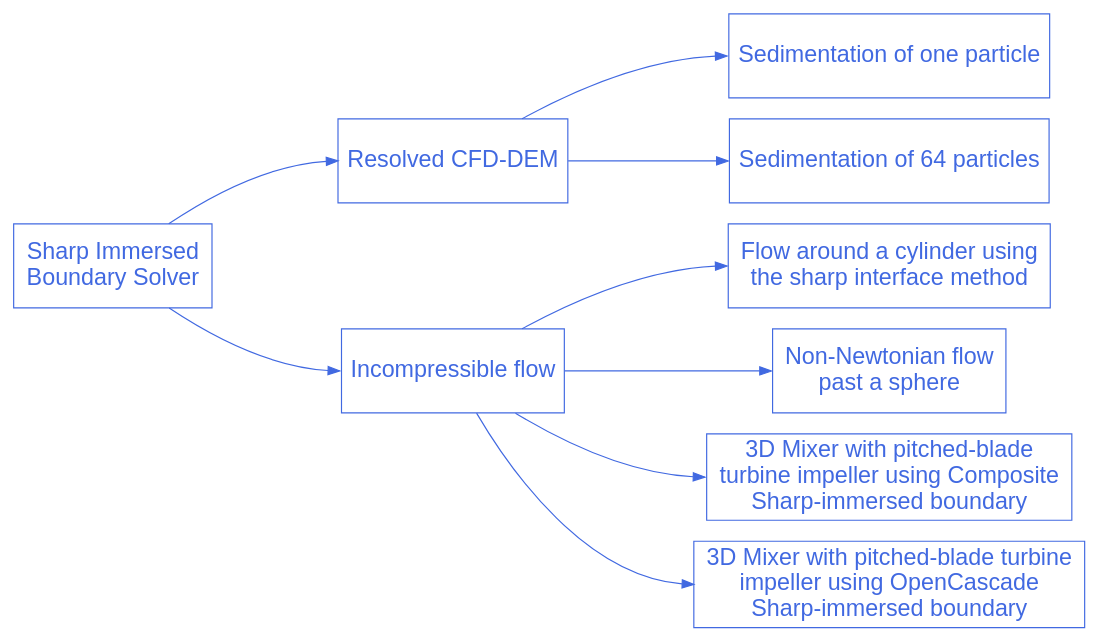
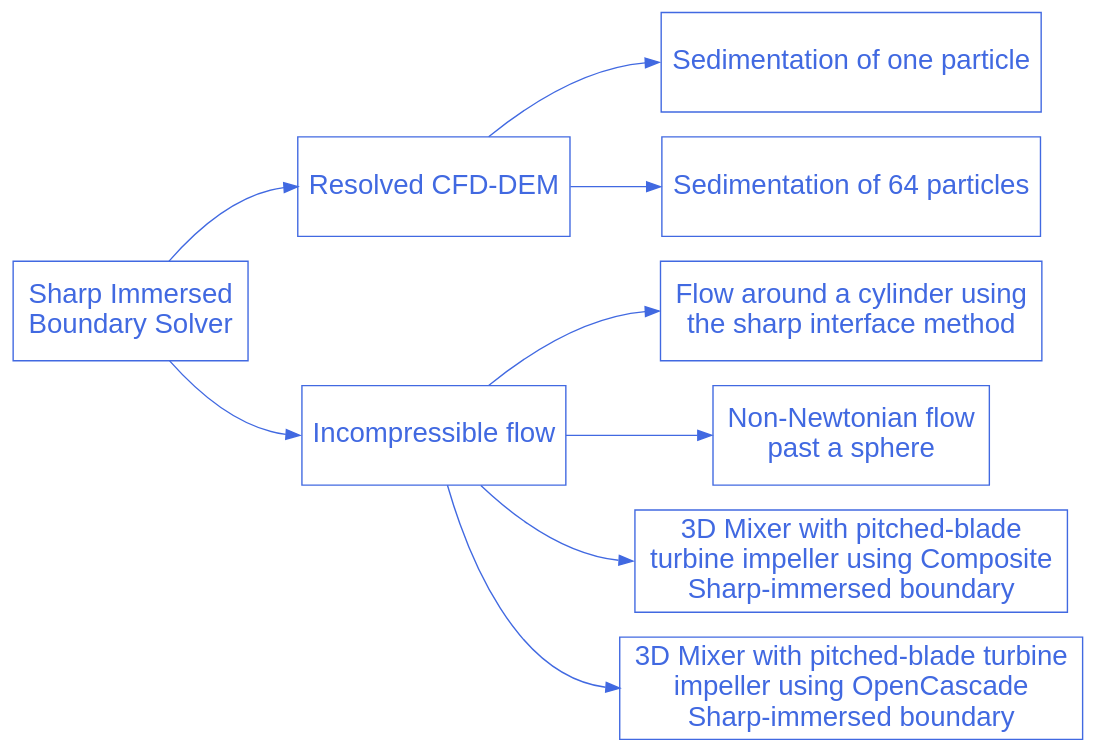
One commit to chaos-polymtl/lethe changed the diagram in doc/source/examples/sharp-immersed-boundary-solver/sharp-immersed-boundary-solver.rst. Above: the diagram before and after it, drawn with Graphviz.

Commit message:
Remove ranksep

```diff
--- a/doc/source/examples/sharp-immersed-boundary-solver/sharp-immersed-boundary-solver.rst
+++ b/doc/source/examples/sharp-immersed-boundary-solver/sharp-immersed-boundary-solver.rst
@@ -13,37 +13,37 @@
 .. graphviz:: 
 
     digraph sharp_diagram {
-      graph [bgcolor="transparent", align=true, ranksep=1.5];
+      graph [bgcolor="transparent", align=true];
       node [fontname=Arial, fontsize=20, shape=box, fontcolor=royalblue, color=royalblue, height=1];
       edge [color=royalblue];
       rankdir="LR";
       size = "9,9";
       
       sharp_immersed_boundary_solver [label="Sharp Immersed \nBoundary Solver", href="https://lethe-cfd.github.io/lethe/examples/sharp-immersed-boundary-solver/sharp-immersed-boundary-solver.html"];
 
       sharp_1 [label="Resolved CFD-DEM", href="https://lethe-cfd.github.io/lethe/examples/sharp-immersed-boundary-solver/resolved-cfd-dem.html"];   
 
       sharp_1_1 [label="Sedimentation of one particle", href="https://lethe-cfd.github.io/lethe/examples/sharp-immersed-boundary-solver/sedimentation-1-particle/sedimentation-1-particle.html"]; 
 
       sharp_1_2 [label="Sedimentation of 64 particles", href="https://lethe-cfd.github.io/lethe/examples/sharp-immersed-boundary-solver/sedimentation-64-particles/sedimentation-64-particles.html"]; 
 
       sharp_2 [label="Incompressible flow", href="https://lethe-cfd.github.io/lethe/examples/sharp-immersed-boundary-solver/incompressible-flow.html"];  
 
       sharp_2_1 [label="Flow around a cylinder using \nthe sharp interface method", href="https://lethe-cfd.github.io/lethe/examples/sharp-immersed-boundary-solver/cylinder-with-sharp-interface/cylinder-with-sharp-interface.html", tooltip="Flow around a cylinder using the sharp interface method"]; 
 
       sharp_2_2 [label="Non-Newtonian flow \npast a sphere", href="https://lethe-cfd.github.io/lethe/examples/sharp-immersed-boundary-solver/sphere-carreau-with-sharp-interface/sphere-carreau-with-sharp-interface.html", tooltip="Non-Newtonian flow past a sphere"]; 
 
       sharp_2_3 [label="3D Mixer with pitched-blade \nturbine impeller using Composite \nSharp-immersed boundary", href="https://lethe-cfd.github.io/lethe/examples/sharp-immersed-boundary-solver/3d-composite-mixer-with-pbt-impeller/3d-composite-mixer-with-pbt-impeller.html", tooltip="3D Mixer with pitched-blade turbine impeller using Composite Sharp-immersed boundary"]; 
 
       sharp_2_4 [label="3D Mixer with pitched-blade turbine \nimpeller using OpenCascade \nSharp-immersed boundary", href="https://lethe-cfd.github.io/lethe/examples/sharp-immersed-boundary-solver/3d-opencascade-mixer-with-pbt-impeller/3d-opencascade-mixer-with-pbt-impeller.html", tooltip="3D Mixer with pitched-blade turbine impeller using OpenCascade Sharp-immersed boundary"]; 
 
       sharp_immersed_boundary_solver -> sharp_1:w;
       sharp_immersed_boundary_solver -> sharp_2:w;
 
       sharp_1 -> sharp_1_1:w;
       sharp_1 -> sharp_1_2:w;
       sharp_2 -> sharp_2_1:w;
       sharp_2 -> sharp_2_2:w;
       sharp_2 -> sharp_2_3:w;
       sharp_2 -> sharp_2_4:w;
     }
```
